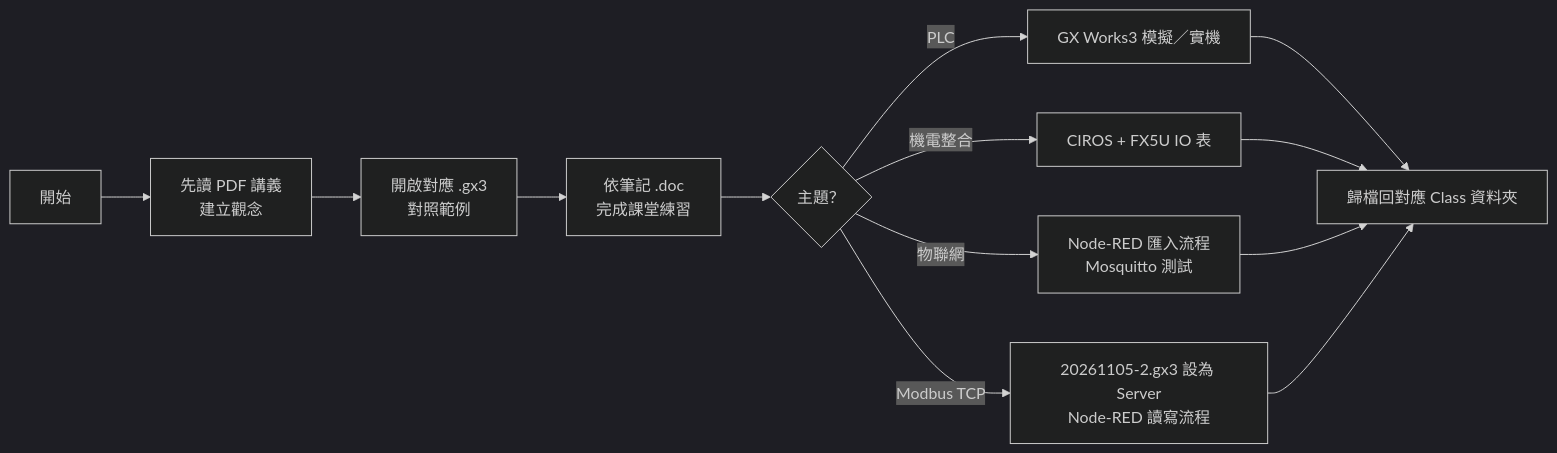
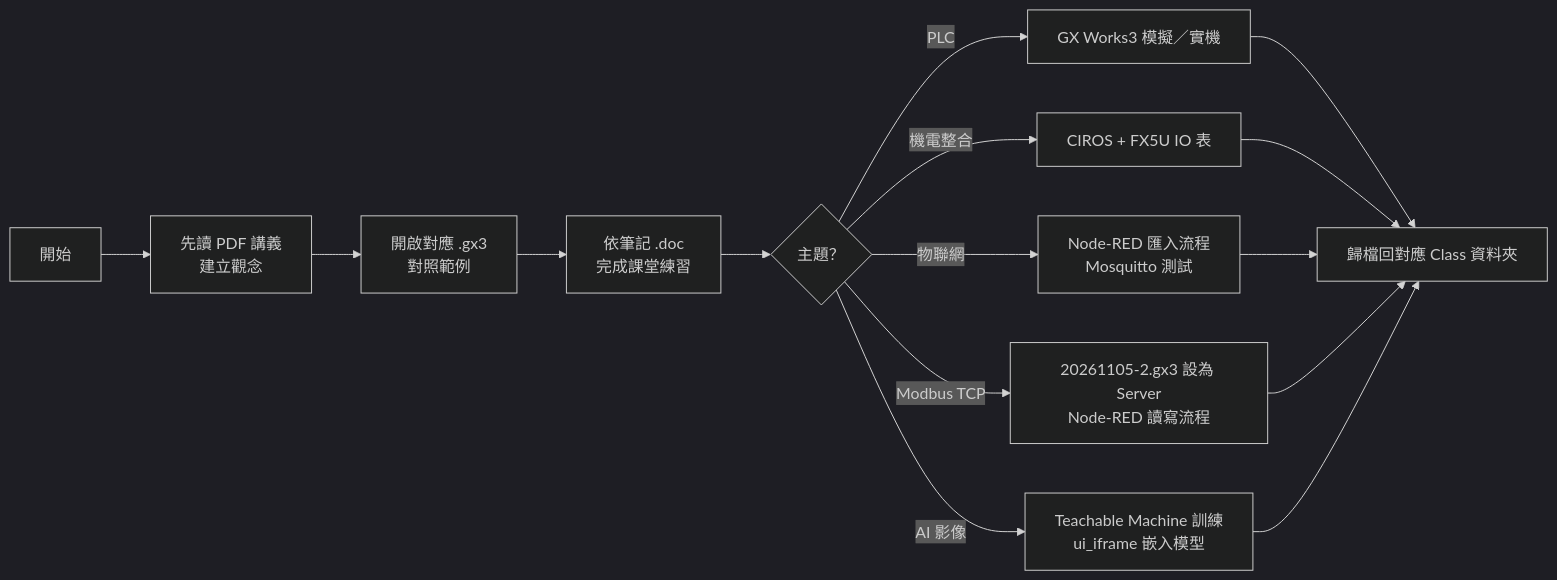
One commit to yd7148/INDUSTRY-4.0 changed the third of 6 diagrams in README.md. Above: the diagram before and after it, drawn with Mermaid (dark theme). The commit also changed other lines of this file and 2 other files, not shown here.

First line of the commit message:
Update README, course map and timeline for Class-24

````diff
--- a/README.md
+++ b/README.md
@@ -142,15 +150,17 @@
 ```mermaid
 flowchart LR
     S["開始"] --> A["先讀 PDF 講義<br/>建立觀念"]
     A --> B["開啟對應 .gx3<br/>對照範例"]
     B --> C["依筆記 .doc<br/>完成課堂練習"]
     C --> D{"主題？"}
     D -->|PLC| E["GX Works3 模擬／實機"]
     D -->|機電整合| F["CIROS + FX5U IO 表"]
     D -->|物聯網| G["Node-RED 匯入流程<br/>Mosquitto 測試"]
     D -->|Modbus TCP| H["20261105-2.gx3 設為 Server<br/>Node-RED 讀寫流程"]
+    D -->|AI 影像| I2["Teachable Machine 訓練<br/>ui_iframe 嵌入模型"]
     E --> I["歸檔回對應 Class 資料夾"]
     F --> I
     G --> I
     H --> I
+    I2 --> I
 ```
````
